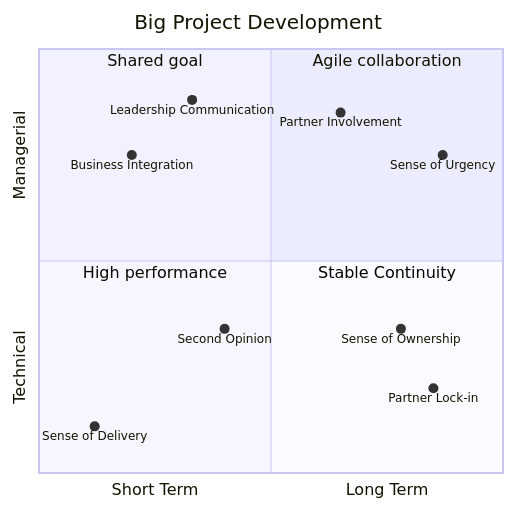
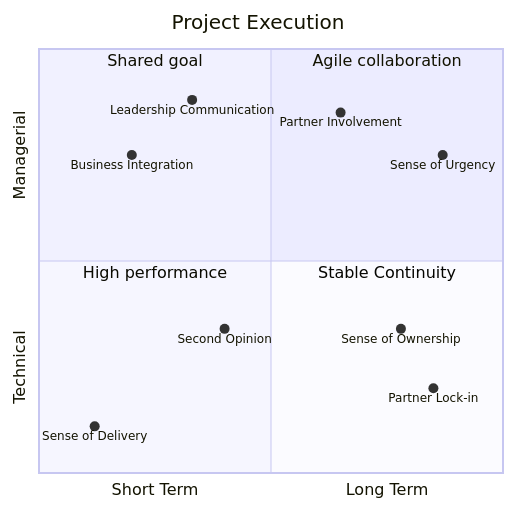
Before and after one commit to nandcep/nandcep.github.io: the first of 2 diagrams in content/post/2026/vendor-vs-in-house-development.md, drawn with Mermaid. The commit also changed other lines of this file, not shown here.

Commit message:
Update wording to quandrant

````diff
--- a/content/post/2026/vendor-vs-in-house-development.md
+++ b/content/post/2026/vendor-vs-in-house-development.md
@@ -18,18 +18,18 @@
 ```mermaid
 quadrantChart
-    title Big Project Development
+    title Project Execution
     x-axis Short Term --> Long Term
     y-axis Technical --> Managerial
     quadrant-1 Agile collaboration
     quadrant-2 Shared goal
     quadrant-3 High performance
     quadrant-4 Stable Continuity
     Business Integration: [0.2, 0.75]
     Sense of Delivery: [0.12, 0.11]
     Sense of Urgency: [0.87, 0.75]
     Partner Involvement: [0.65, 0.85]
     Sense of Ownership: [0.78, 0.34]
     Partner Lock-in: [0.85, 0.2]
     Second Opinion: [0.40, 0.34]
     Leadership Communication: [0.33, 0.88]
 ```
````
